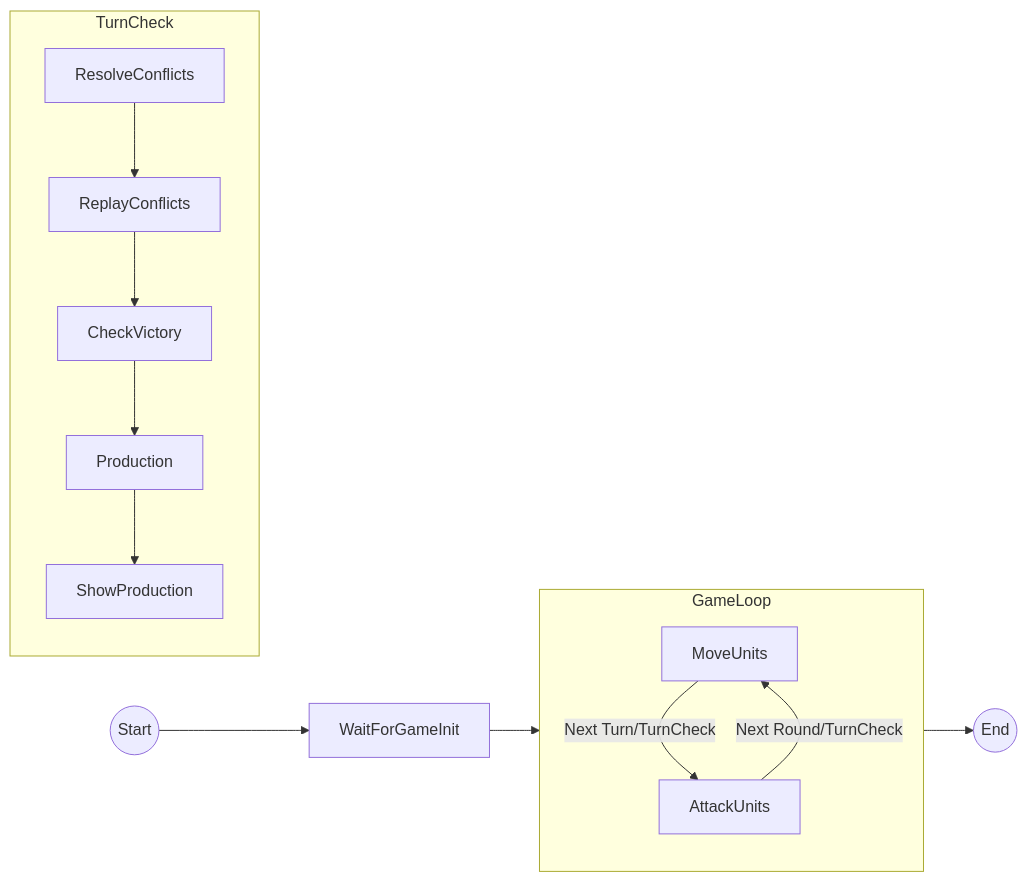
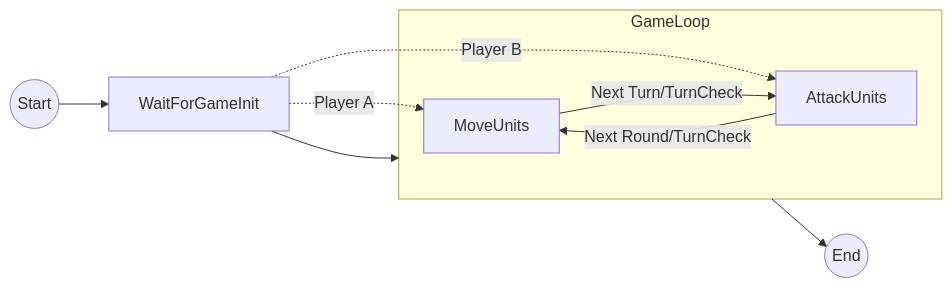
The sixth of 7 diagrams in docs/Design.md (CymricNPG/SplitBattle), drawn with Mermaid before and after one commit. The commit also changed other lines of this file and 28 other files, not shown here.

````diff
--- a/docs/Design.md
+++ b/docs/Design.md
@@ -118,17 +113,16 @@
 ```mermaid
 flowchart LR
     Start((Start)) --> WaitForGameInit
-    WaitForGameInit --> GameLoop{Decide Side}
+    WaitForGameInit --> GameLoop
+    WaitForGameInit -. Player A .-> MoveUnits
+    WaitForGameInit -. Player B .-> AttackUnits
+
     subgraph GameLoop
-        MoveUnits -- Next Turn/TurnCheck--> AttackUnits
-        AttackUnits --Next Round/TurnCheck--> MoveUnits
+        MoveUnits -- Next Turn/TurnCheck --> AttackUnits
+        AttackUnits -- Next Round/TurnCheck --> MoveUnits
     end
-    subgraph TurnCheck
-        ResolveConflicts --> ReplayConflicts
-        ReplayConflicts --> CheckVictory
-        CheckVictory --> Production
-        Production --> ShowProduction        
-    end
+
     GameLoop --> End((End))
 
+
 ```
````
